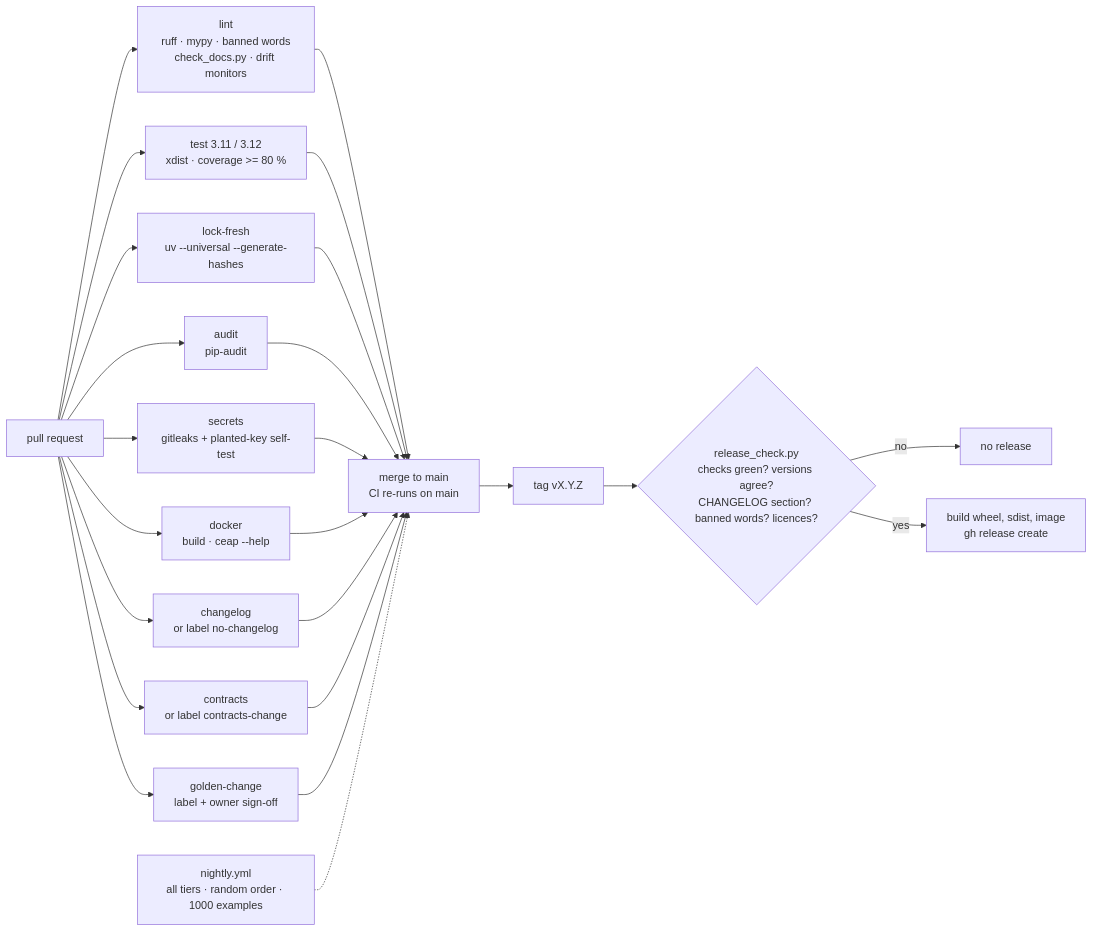
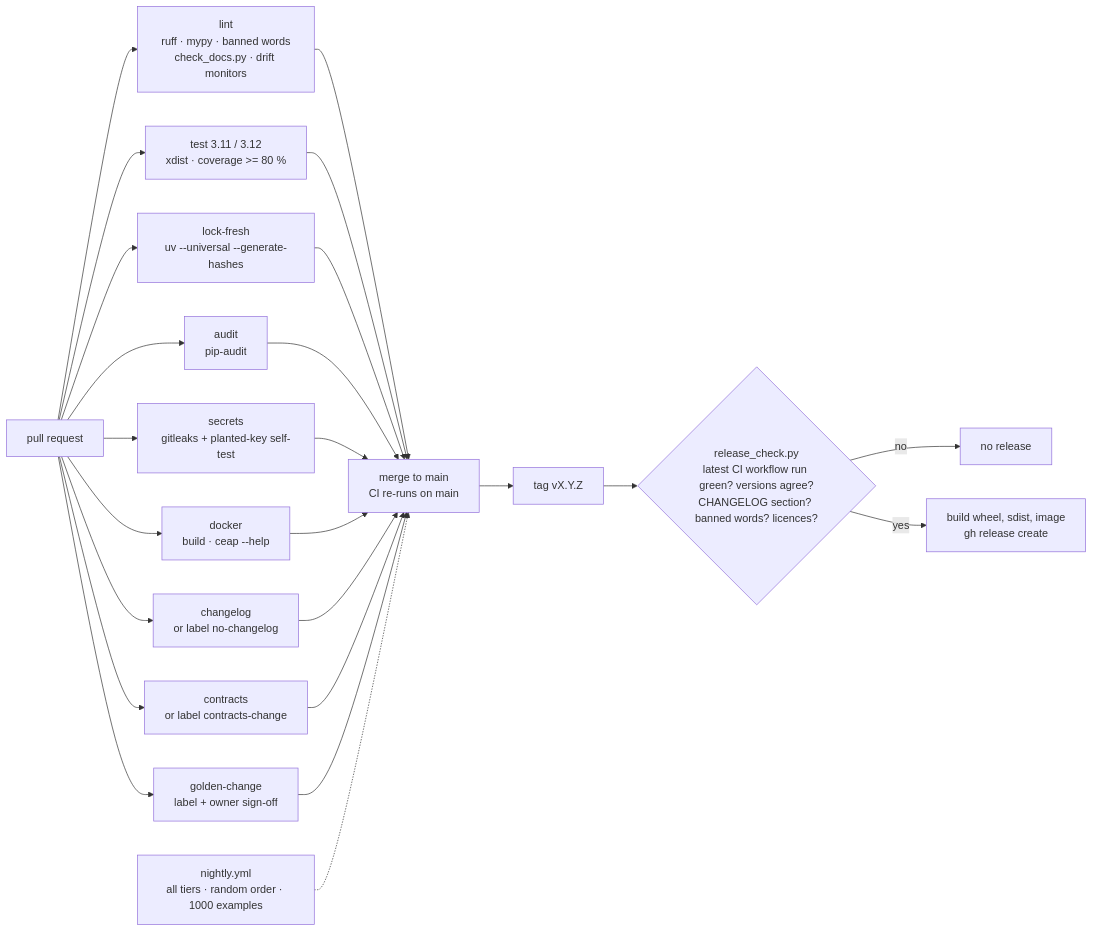
Before and after one commit to AshJha0/AgenticAICashEquities: the tenth of 12 diagrams in docs/DIAGRAMS.md, drawn with Mermaid. The commit also changed other lines of this file and 12 other files, not shown here.

````diff
--- a/docs/DIAGRAMS.md
+++ b/docs/DIAGRAMS.md
@@ -320,18 +320,18 @@
 ```mermaid
 flowchart LR
     PR["pull request"] --> L["lint<br/>ruff · mypy · banned words<br/>check_docs.py · drift monitors"]
     PR --> T["test 3.11 / 3.12<br/>xdist · coverage >= 80 %"]
     PR --> LF["lock-fresh<br/>uv --universal --generate-hashes"]
     PR --> A["audit<br/>pip-audit"]
     PR --> S["secrets<br/>gitleaks + planted-key self-test"]
     PR --> D["docker<br/>build · ceap --help"]
     PR --> C["changelog<br/>or label no-changelog"]
     PR --> K["contracts<br/>or label contracts-change"]
     PR --> GC["golden-change<br/>label + owner sign-off"]
     L & T & LF & A & S & D & C & K & GC --> M["merge to main<br/>CI re-runs on main"]
     M --> TAG["tag vX.Y.Z"]
-    TAG --> G{"release_check.py<br/>checks green? versions agree?<br/>CHANGELOG section? banned words? licences?"}
+    TAG --> G{"release_check.py<br/>latest CI workflow run green? versions agree?<br/>CHANGELOG section? banned words? licences?"}
     G -- no --> X["no release"]
     G -- yes --> P["build wheel, sdist, image<br/>gh release create"]
     N["nightly.yml<br/>all tiers · random order · 1000 examples"] -.-> M
 ```
````
